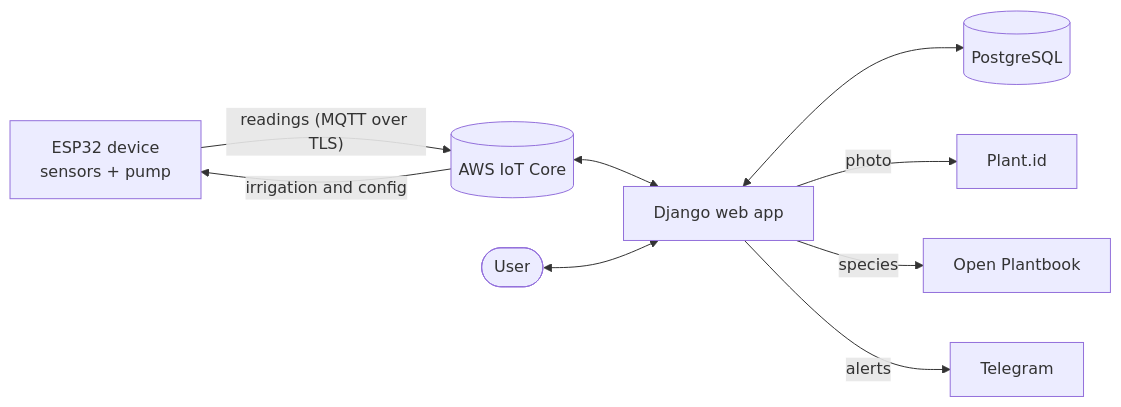
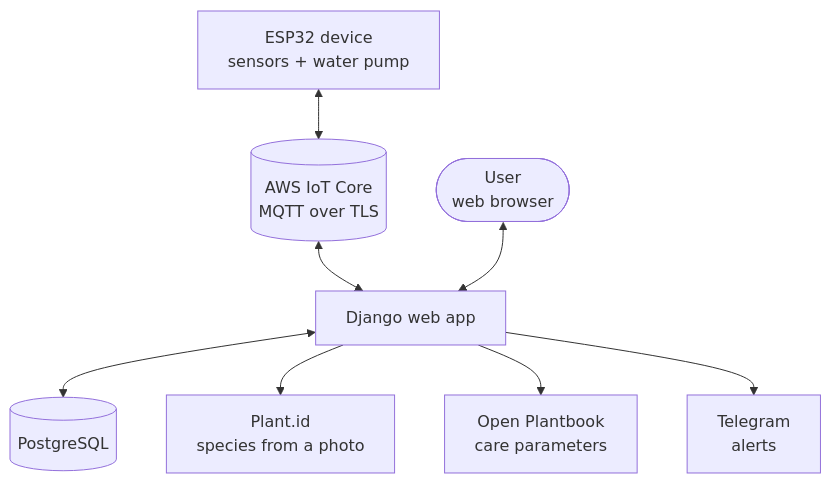
The diagram in README.md (Pandanna/SmartPlant), drawn with Mermaid before and after one commit.

````diff
--- a/README.md
+++ b/README.md
@@ -75,11 +75,19 @@
 ```mermaid
-flowchart LR
-    ESP["ESP32 device<br/>sensors + pump"] -- "readings (MQTT over TLS)" --> AWS[("AWS IoT Core")]
-    AWS -- "irrigation and config" --> ESP
-    AWS <--> DJ["Django web app"]
-    DJ <--> DB[("PostgreSQL")]
-    DJ -- "photo" --> PID["Plant.id"]
-    DJ -- "species" --> OPB["Open Plantbook"]
-    DJ -- "alerts" --> TG["Telegram"]
-    USER(["User"]) <--> DJ
+flowchart TD
+    USER(["User<br/>web browser"])
+    ESP["ESP32 device<br/>sensors + water pump"]
+    AWS[("AWS IoT Core<br/>MQTT over TLS")]
+    DJ["Django web app"]
+    DB[("PostgreSQL")]
+    PID["Plant.id<br/>species from a photo"]
+    OPB["Open Plantbook<br/>care parameters"]
+    TG["Telegram<br/>alerts"]
+
+    ESP <--> AWS
+    AWS <--> DJ
+    USER <--> DJ
+    DJ <--> DB
+    DJ --> PID
+    DJ --> OPB
+    DJ --> TG
 ```
````
